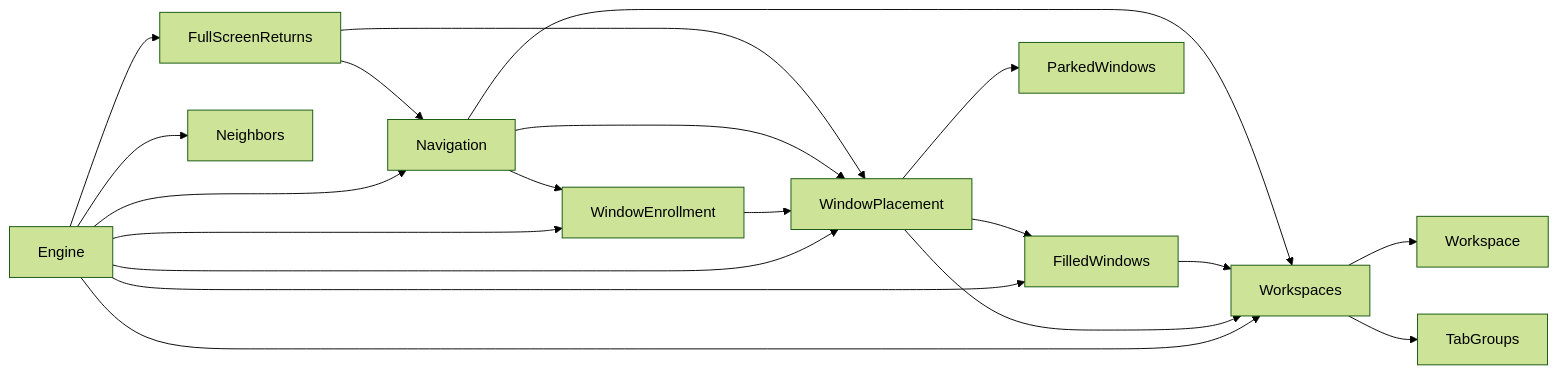
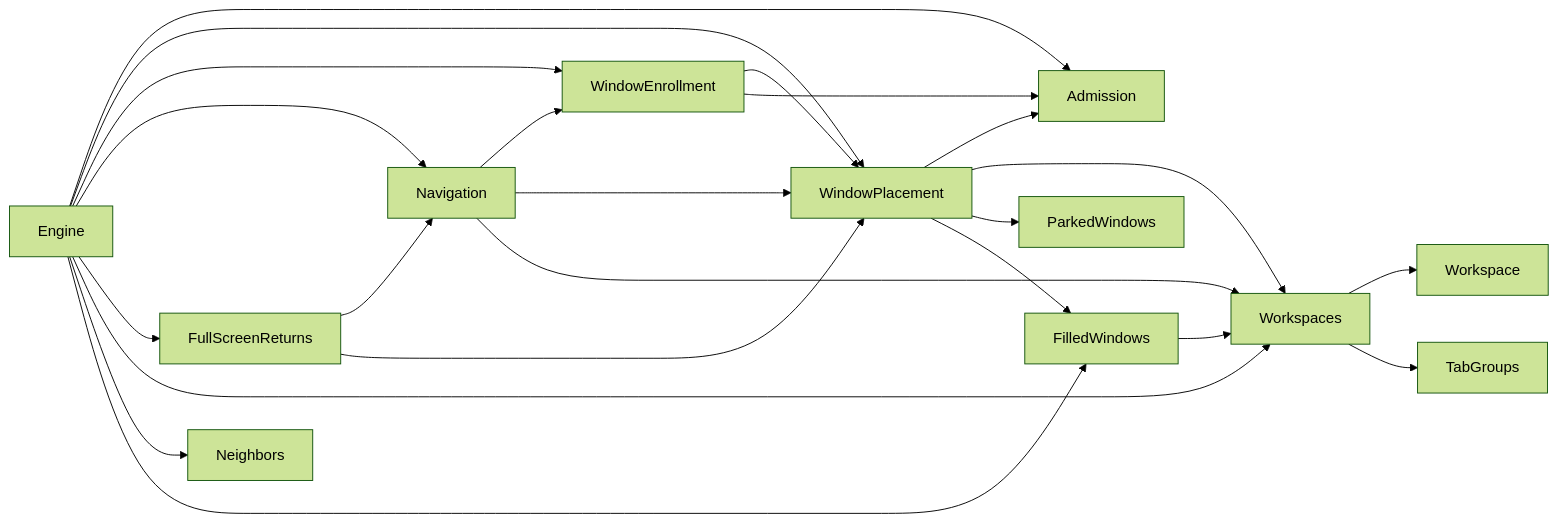
The fourth of 19 diagrams in ARCHITECTURE.md (brennovich/ottowm), drawn with Mermaid (forest theme) before and after one commit. The commit also changed other lines of this file and 7 other files, not shown here.

````diff
--- a/ARCHITECTURE.md
+++ b/ARCHITECTURE.md
@@ -126,22 +127,25 @@
 ```mermaid
 flowchart LR
+    Engine --> Admission
     Engine --> WindowPlacement
     Engine --> WindowEnrollment
     Engine --> Navigation
     Engine --> FullScreenReturns
     Engine --> Workspaces
     Engine --> Neighbors
     Engine --> FilledWindows
     WindowEnrollment --> WindowPlacement
+    WindowEnrollment --> Admission
+    WindowPlacement --> Admission
     Navigation --> WindowEnrollment
     Navigation --> WindowPlacement
     FullScreenReturns --> Navigation
     FullScreenReturns --> WindowPlacement
     WindowPlacement --> Workspaces
     WindowPlacement --> ParkedWindows
     WindowPlacement --> FilledWindows
     FilledWindows --> Workspaces
     Navigation --> Workspaces
     Workspaces --> Workspace
     Workspaces --> TabGroups
 ```
````
